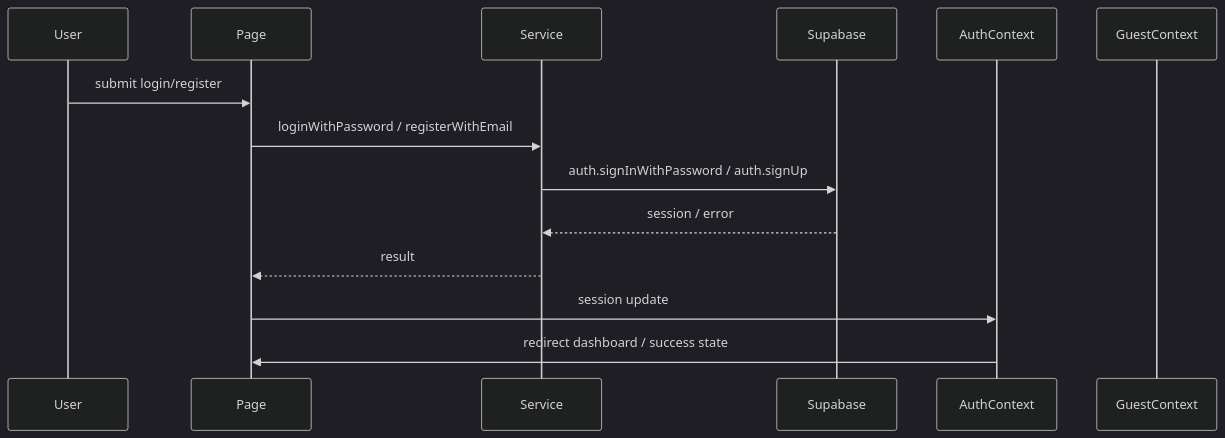
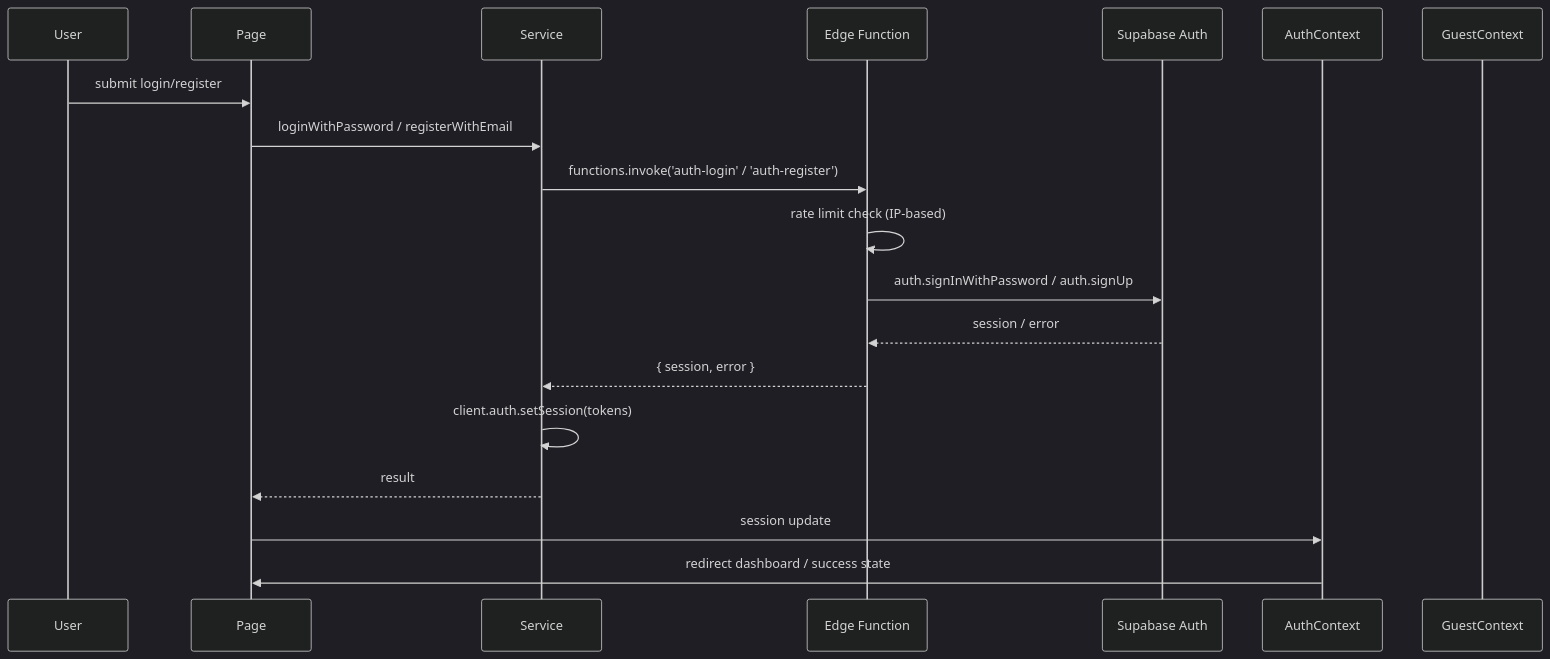
One commit to hoz2syr/svucomunity_V3 changed the first of 3 diagrams in src/docs/flows/auth-flow.md. Above: the diagram before and after it, drawn with Mermaid (dark theme). The commit also changed other lines of this file and 30 other files, not shown here.

First line of the commit message:
refactor(auth): move login/register to Edge Functions, add rate limiting, strengthen security

````diff
--- a/src/docs/flows/auth-flow.md
+++ b/src/docs/flows/auth-flow.md
@@ -11,17 +11,22 @@
 ```mermaid
 sequenceDiagram
   participant U as User
   participant P as Page
   participant S as Service
-  participant A as Supabase
+  participant E as Edge Function
+  participant A as Supabase Auth
   participant C as AuthContext
   participant G as GuestContext
 
   U->>P: submit login/register
   P->>S: loginWithPassword / registerWithEmail
-  S->>A: auth.signInWithPassword / auth.signUp
-  A-->>S: session / error
+  S->>E: functions.invoke('auth-login' / 'auth-register')
+  E->>E: rate limit check (IP-based)
+  E->>A: auth.signInWithPassword / auth.signUp
+  A-->>E: session / error
+  E-->>S: { session, error }
+  S->>S: client.auth.setSession(tokens)
   S-->>P: result
   P->>C: session update
   C->>P: redirect dashboard / success state
 ```
````
